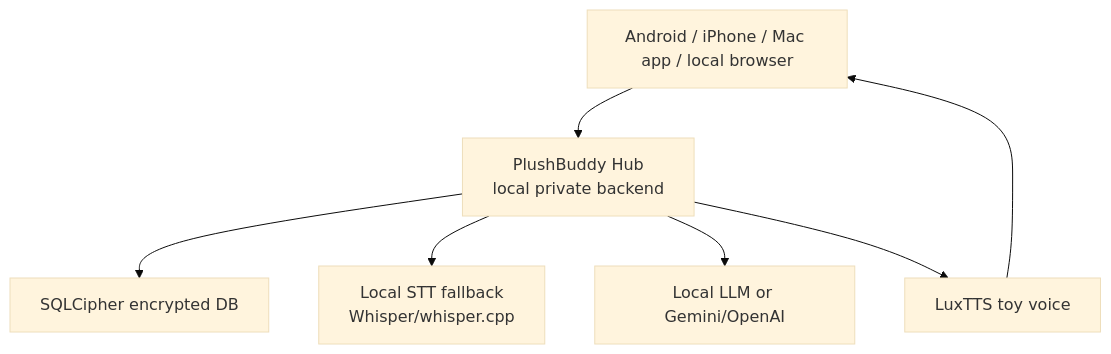
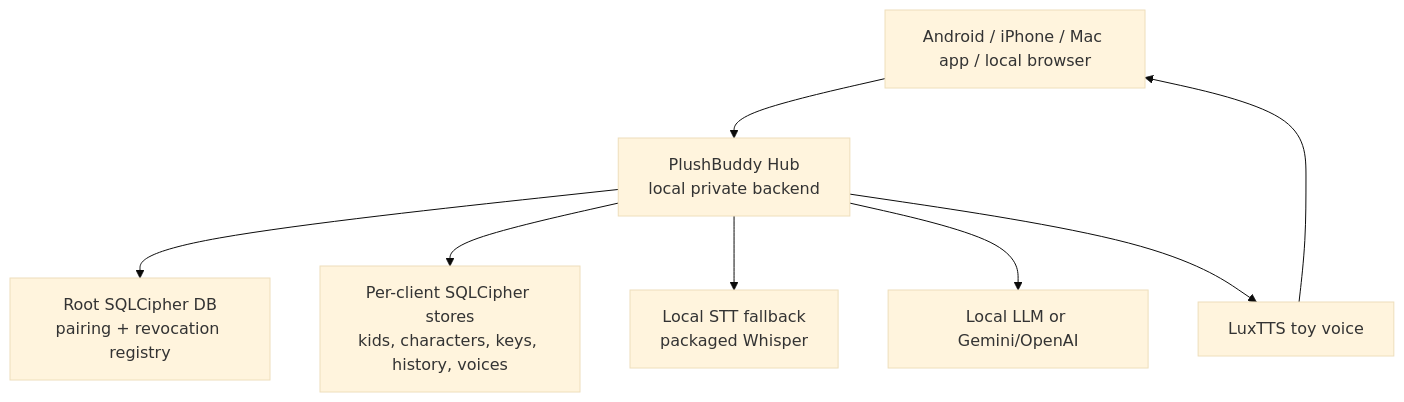
The diagram in README.md (palwe-prafulla/plushpal), drawn with Mermaid (base theme) before and after one commit. The commit also changed other lines of this file and 39 other files, not shown here.

Commit message:
Start Hub-first v2 architecture branch

````diff
--- a/README.md
+++ b/README.md
@@ -76,9 +77,10 @@
 ```mermaid
 flowchart TB
     Clients["Android / iPhone / Mac app / local browser"] --> Hub["PlushBuddy Hub<br/>local private backend"]
-    Hub --> DB["SQLCipher encrypted DB"]
-    Hub --> STT["Local STT fallback<br/>Whisper/whisper.cpp"]
+    Hub --> Registry["Root SQLCipher DB<br/>pairing + revocation registry"]
+    Hub --> ClientDB["Per-client SQLCipher stores<br/>kids, characters, keys, history, voices"]
+    Hub --> STT["Local STT fallback<br/>packaged Whisper"]
     Hub --> LLM["Local LLM or Gemini/OpenAI"]
     Hub --> TTS["LuxTTS toy voice"]
     TTS --> Clients
 ```
````
